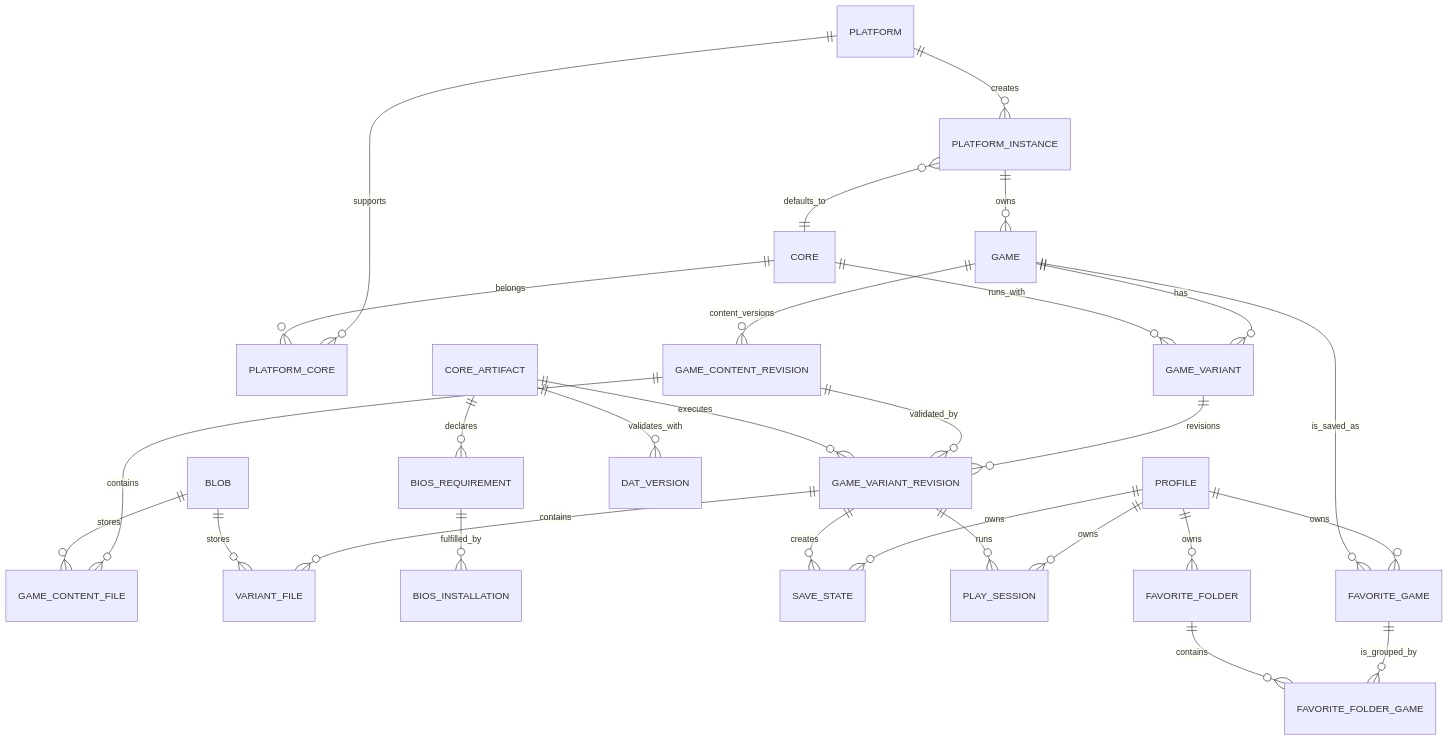
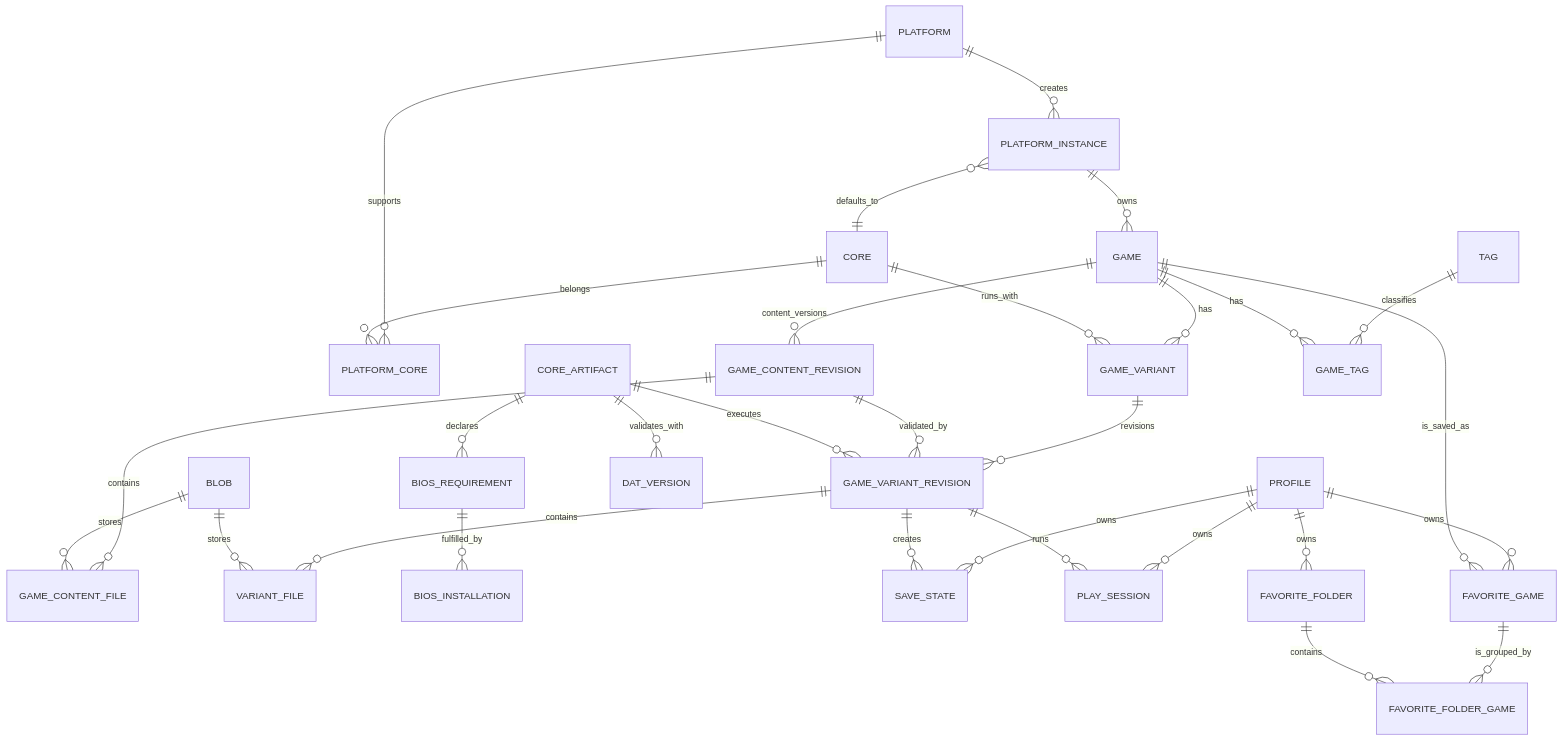
One commit to retrom-project/retrom changed the third of 4 diagrams in docs/retrom-product-architecture.md. Above: the diagram before and after it, drawn with Mermaid. The commit also changed other lines of this file and 111 other files, not shown here.

```diff
--- a/docs/retrom-product-architecture.md
+++ b/docs/retrom-product-architecture.md
@@ -184,30 +188,32 @@
 ~~~mermaid
 erDiagram
     PLATFORM ||--o{ PLATFORM_INSTANCE : creates
     PLATFORM ||--o{ PLATFORM_CORE : supports
     CORE ||--o{ PLATFORM_CORE : belongs
     PLATFORM_INSTANCE }o--|| CORE : defaults_to
     PLATFORM_INSTANCE ||--o{ GAME : owns
     GAME ||--o{ GAME_CONTENT_REVISION : content_versions
     GAME ||--o{ GAME_VARIANT : has
     CORE ||--o{ GAME_VARIANT : runs_with
     GAME_VARIANT ||--o{ GAME_VARIANT_REVISION : revisions
     GAME_CONTENT_REVISION ||--o{ GAME_VARIANT_REVISION : validated_by
     GAME_CONTENT_REVISION ||--o{ GAME_CONTENT_FILE : contains
     CORE_ARTIFACT ||--o{ GAME_VARIANT_REVISION : executes
     GAME_VARIANT_REVISION ||--o{ VARIANT_FILE : contains
     BLOB ||--o{ GAME_CONTENT_FILE : stores
     BLOB ||--o{ VARIANT_FILE : stores
     CORE_ARTIFACT ||--o{ BIOS_REQUIREMENT : declares
     BIOS_REQUIREMENT ||--o{ BIOS_INSTALLATION : fulfilled_by
     CORE_ARTIFACT ||--o{ DAT_VERSION : validates_with
     PROFILE ||--o{ SAVE_STATE : owns
     GAME_VARIANT_REVISION ||--o{ SAVE_STATE : creates
     PROFILE ||--o{ PLAY_SESSION : owns
     GAME_VARIANT_REVISION ||--o{ PLAY_SESSION : runs
     PROFILE ||--o{ FAVORITE_GAME : owns
     GAME ||--o{ FAVORITE_GAME : is_saved_as
     PROFILE ||--o{ FAVORITE_FOLDER : owns
     FAVORITE_GAME ||--o{ FAVORITE_FOLDER_GAME : is_grouped_by
     FAVORITE_FOLDER ||--o{ FAVORITE_FOLDER_GAME : contains
+    TAG ||--o{ GAME_TAG : classifies
+    GAME ||--o{ GAME_TAG : has
 ~~~
```
